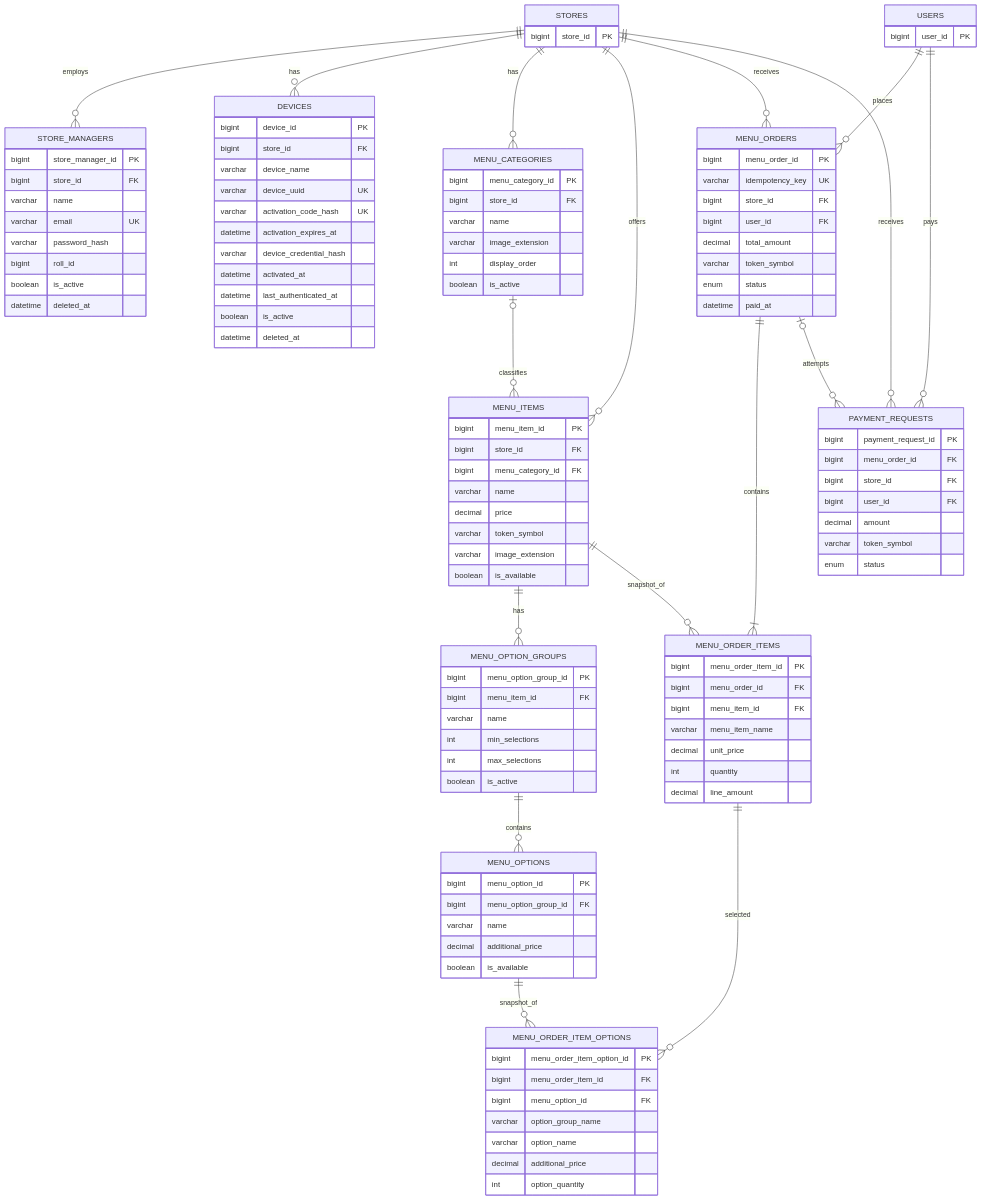
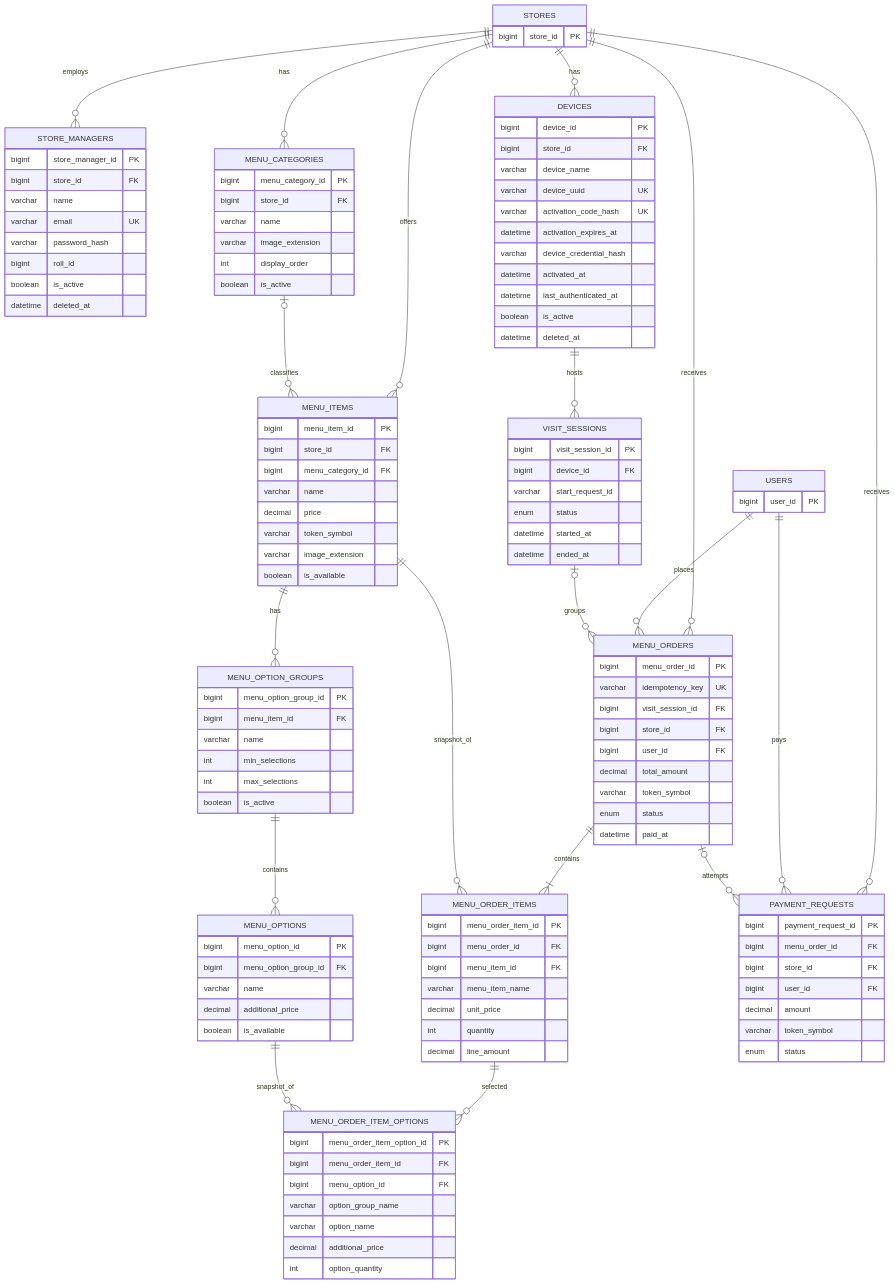
One commit to terao06/teraid-pay-api changed the diagram in docs/DB構成.md. Above: the diagram before and after it, drawn with Mermaid. The commit also changed other lines of this file and 3 other files, not shown here.

```diff
--- a/docs/DB構成.md
+++ b/docs/DB構成.md
@@ -190,6 +207,7 @@
 erDiagram
     STORES ||--o{ STORE_MANAGERS : employs
     STORES ||--o{ DEVICES : has
+    DEVICES ||--o{ VISIT_SESSIONS : hosts
     STORES ||--o{ MENU_CATEGORIES : has
     STORES ||--o{ MENU_ITEMS : offers
     MENU_CATEGORIES o|--o{ MENU_ITEMS : classifies
@@ -199,6 +217,7 @@
 
     STORES ||--o{ MENU_ORDERS : receives
     USERS ||--o{ MENU_ORDERS : places
+    VISIT_SESSIONS o|--o{ MENU_ORDERS : groups
     MENU_ORDERS ||--|{ MENU_ORDER_ITEMS : contains
     MENU_ITEMS ||--o{ MENU_ORDER_ITEMS : snapshot_of
 
@@ -236,6 +255,15 @@
         datetime last_authenticated_at
         boolean is_active
         datetime deleted_at
+    }
+
+    VISIT_SESSIONS {
+        bigint visit_session_id PK
+        bigint device_id FK
+        varchar start_request_id
+        enum status
+        datetime started_at
+        datetime ended_at
     }
 
     USERS {
@@ -282,6 +310,7 @@
     MENU_ORDERS {
         bigint menu_order_id PK
         varchar idempotency_key UK
+        bigint visit_session_id FK
         bigint store_id FK
         bigint user_id FK
         decimal total_amount
```
